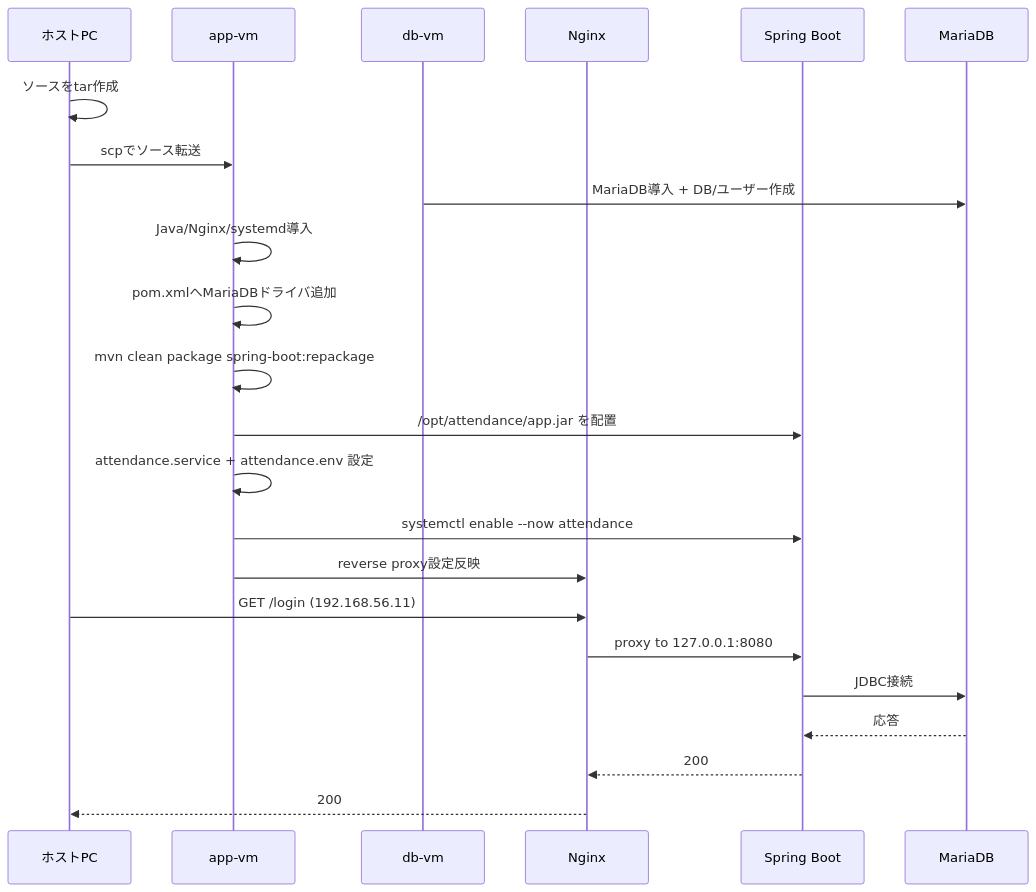
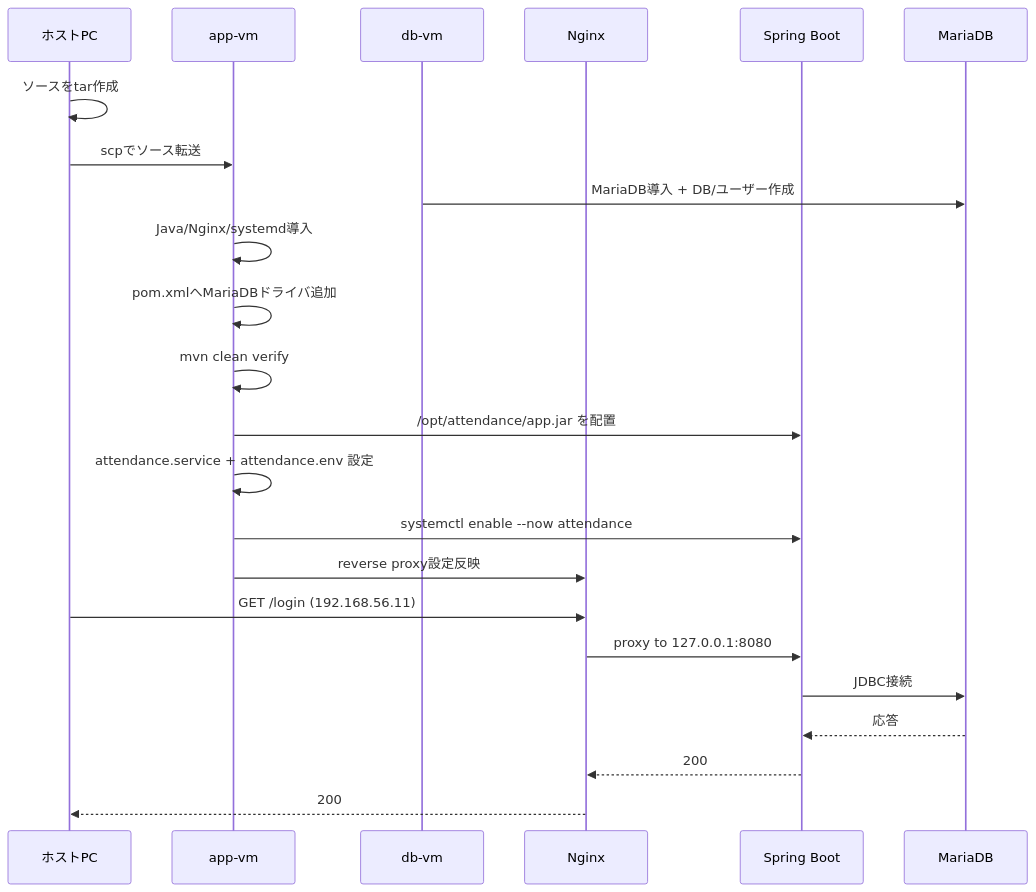
Before and after one commit to kiyomiya38/order-management-springboot: the second of 3 diagrams in docs/curriculum/springboot/lesson06/lesson6.md, drawn with Mermaid. The commit also changed other lines of this file and 118 other files, not shown here.

````diff
--- a/docs/curriculum/springboot/lesson06/lesson6.md
+++ b/docs/curriculum/springboot/lesson06/lesson6.md
@@ -69,27 +69,27 @@
 ```mermaid
 sequenceDiagram
   participant Host as ホストPC
   participant AppVM as app-vm
   participant DbVM as db-vm
   participant Nginx as Nginx
   participant App as Spring Boot
   participant DB as MariaDB
 
   Host->>Host: ソースをtar作成
   Host->>AppVM: scpでソース転送
   DbVM->>DB: MariaDB導入 + DB/ユーザー作成
   AppVM->>AppVM: Java/Nginx/systemd導入
   AppVM->>AppVM: pom.xmlへMariaDBドライバ追加
-  AppVM->>AppVM: mvn clean package spring-boot:repackage
+  AppVM->>AppVM: mvn clean verify
   AppVM->>App: /opt/attendance/app.jar を配置
   AppVM->>AppVM: attendance.service + attendance.env 設定
   AppVM->>App: systemctl enable --now attendance
   AppVM->>Nginx: reverse proxy設定反映
 
   Host->>Nginx: GET /login (192.168.56.11)
   Nginx->>App: proxy to 127.0.0.1:8080
   App->>DB: JDBC接続
   DB-->>App: 応答
   App-->>Nginx: 200
   Nginx-->>Host: 200
 ```
````
